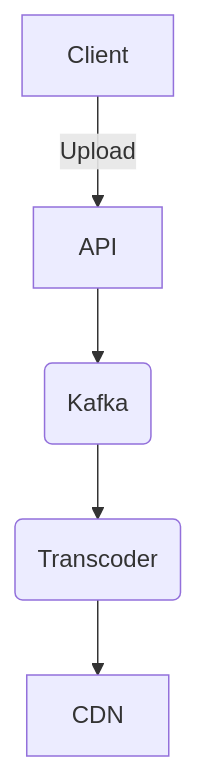
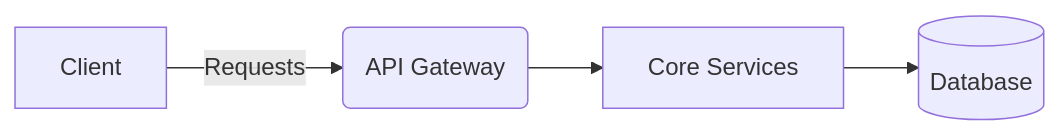
Before and after one commit to IshanDigra/HLD-Content: the first of 2 diagrams in 19-Interview_Question/04) Media Streaming & Delivery/Medium/14_Youtube/Problem.md, drawn with Mermaid. The commit also changed other lines of this file and 29 other files, not shown here.

First line of the commit message:
Address PR feedback: Add TOC, Diagrams, and BOE calculations

````diff
--- a/19-Interview_Question/04) Media Streaming & Delivery/Medium/14_Youtube/Problem.md
+++ b/19-Interview_Question/04) Media Streaming & Delivery/Medium/14_Youtube/Problem.md
@@ -92,7 +4,6 @@
 ```mermaid
-graph TD
-    Client -->|Upload| API
-    API --> Queue(Kafka)
-    Queue --> Trans(Transcoder)
-    Trans --> CDN
+graph LR
+    A[Client] -->|Requests| B(API Gateway)
+    B --> C[Core Services]
+    C --> D[(Database)]
 ```
````
